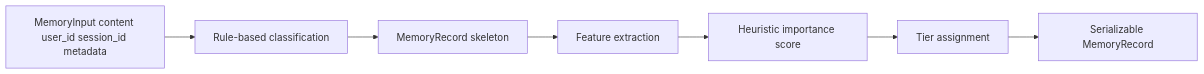
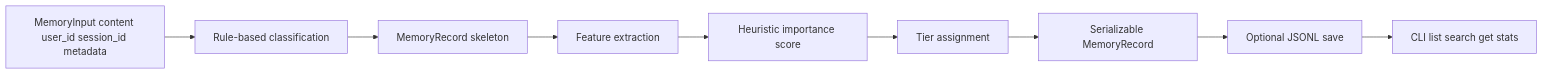
The second of 5 diagrams in system_design.md (JosephRemingston/capstone), drawn with Mermaid before and after one commit. The commit also changed other lines of this file and 6 other files, not shown here.

````diff
--- a/system_design.md
+++ b/system_design.md
@@ -280,9 +298,11 @@
 ```mermaid
 flowchart LR
     A[MemoryInput content user_id session_id metadata] --> B[Rule-based classification]
     B --> C[MemoryRecord skeleton]
     C --> D[Feature extraction]
     D --> E[Heuristic importance score]
     E --> F[Tier assignment]
     F --> G[Serializable MemoryRecord]
+    G --> H[Optional JSONL save]
+    H --> I[CLI list search get stats]
 ```
````
